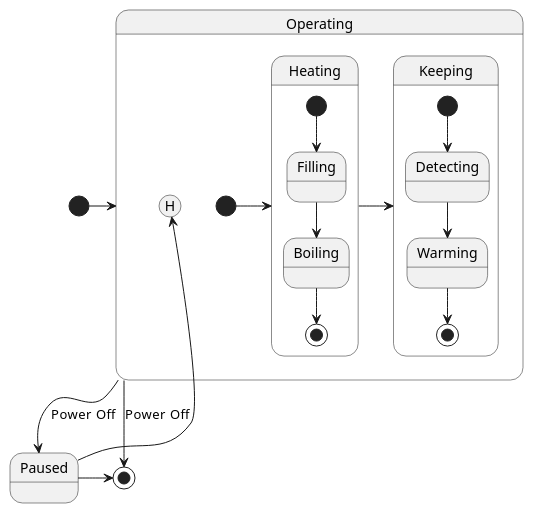
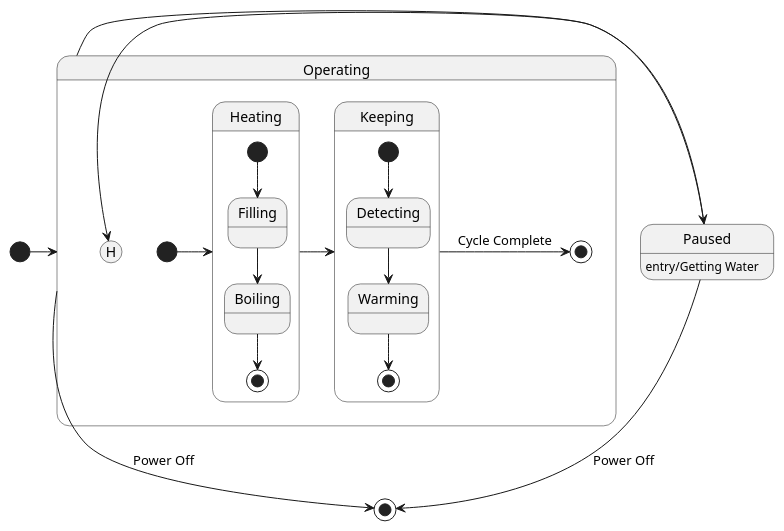
Before and after one commit to ACupofAir/SEU-Java-Course: the diagram in UML/StateMachineDiagram/ElectricWaterHeater.wsd, drawn with PlantUML. The commit also changed 5 other files, not shown here.

Commit message:
Add uml weekend work

```diff
--- a/UML/StateMachineDiagram/ElectricWaterHeater.wsd
+++ b/UML/StateMachineDiagram/ElectricWaterHeater.wsd
@@ -1,24 +1,28 @@
 @startuml ElectricWaterHeater
 [*] -> Operating                 
                                  
 state Operating {                
   [*] -right-> Heating                  
   state Heating {                 
     [*] --> Filling          
     Filling --> Boiling         
     Boiling --> [*]                  
   }                                 
                                     
   Heating -> Keeping                
   state Keeping {                   
     [*] --> Detecting               
     Detecting --> Warming           
     Warming --> [*]                 
   }                                 
+                                    
+  Keeping ->[*] : Cycle Complete    
 }                                   
                                     
-Operating --> Paused : Power  Off
-Paused -> [*]              
-Paused -left-> Operating[H]
-Operating --> [*] : Power  Off
+Operating --> [*] : Power Off       
+Operating --> Paused                
+Paused --> [*] : Power Off                      
+Paused --> Operating[H]              
+Paused: entry/Getting Water         
+                                    
 @enduml                             
```
